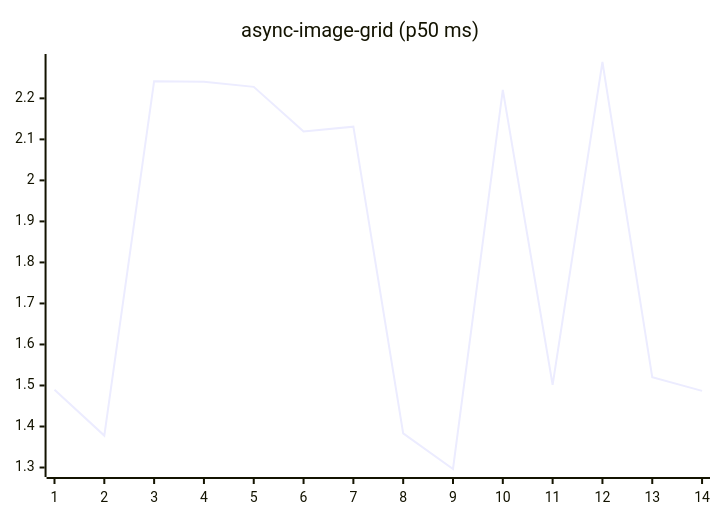
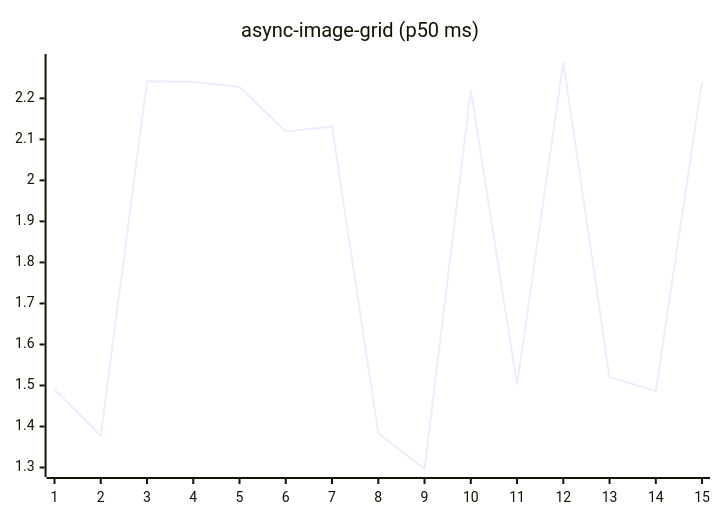
One commit to josha/Facet changed the fifth of 27 diagrams in README.md. Above: the diagram before and after it, drawn with Mermaid. The commit also changed other lines of this file and 2 other files, not shown here.

````diff
--- a/README.md
+++ b/README.md
@@ -91,6 +91,6 @@
 ```mermaid
 xychart-beta
     title "async-image-grid (p50 ms)"
-    x-axis 1 --> 14
-    line [1.4898, 1.3778, 2.2419, 2.2404, 2.2280, 2.1194, 2.1310, 1.3834, 1.2964, 2.2208, 1.5015, 2.2886, 1.5200, 1.4868]
+    x-axis 1 --> 15
+    line [1.4898, 1.3778, 2.2419, 2.2404, 2.2280, 2.1194, 2.1310, 1.3834, 1.2964, 2.2208, 1.5015, 2.2886, 1.5200, 1.4868, 2.2404]
 ```
````
